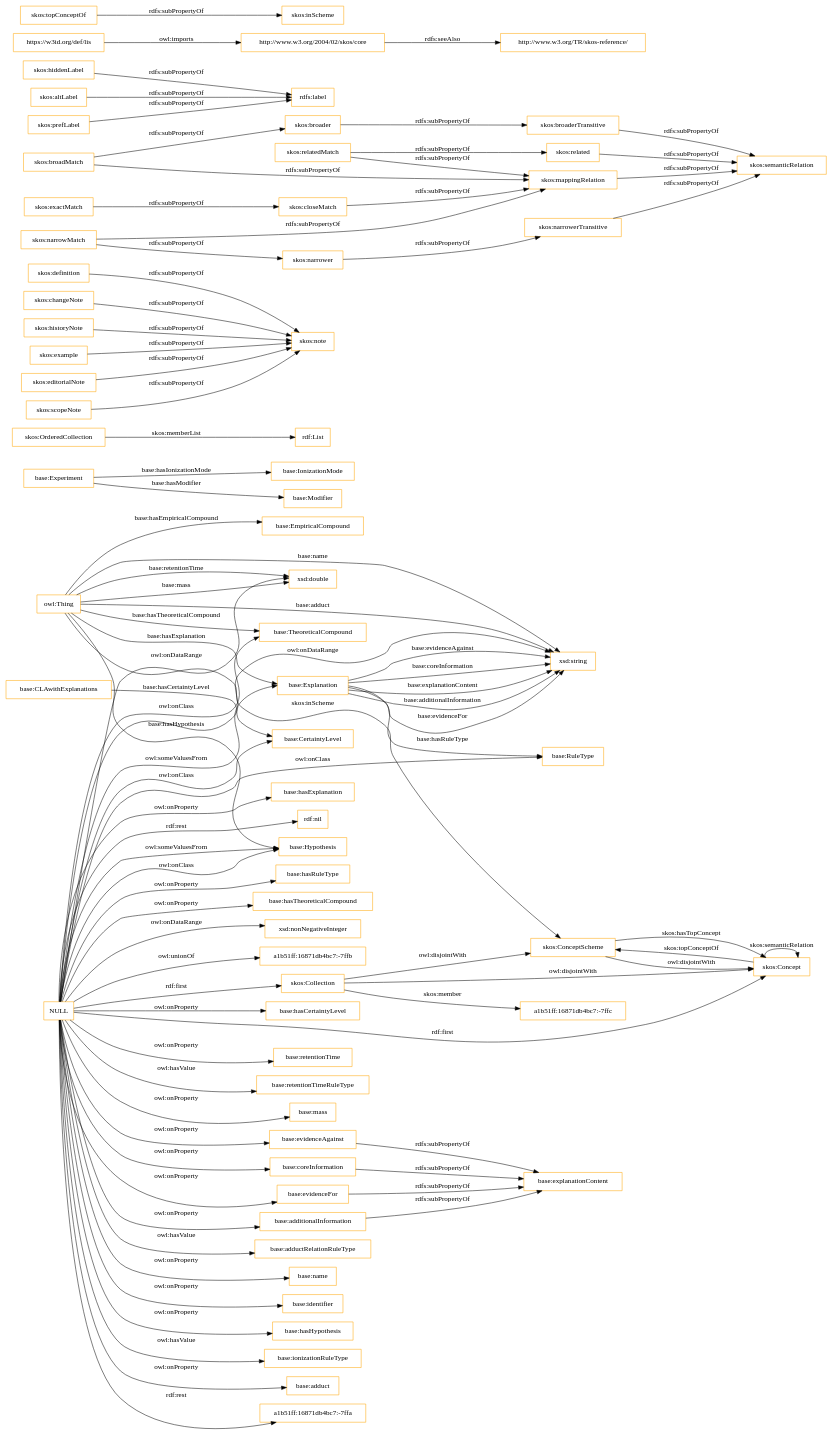
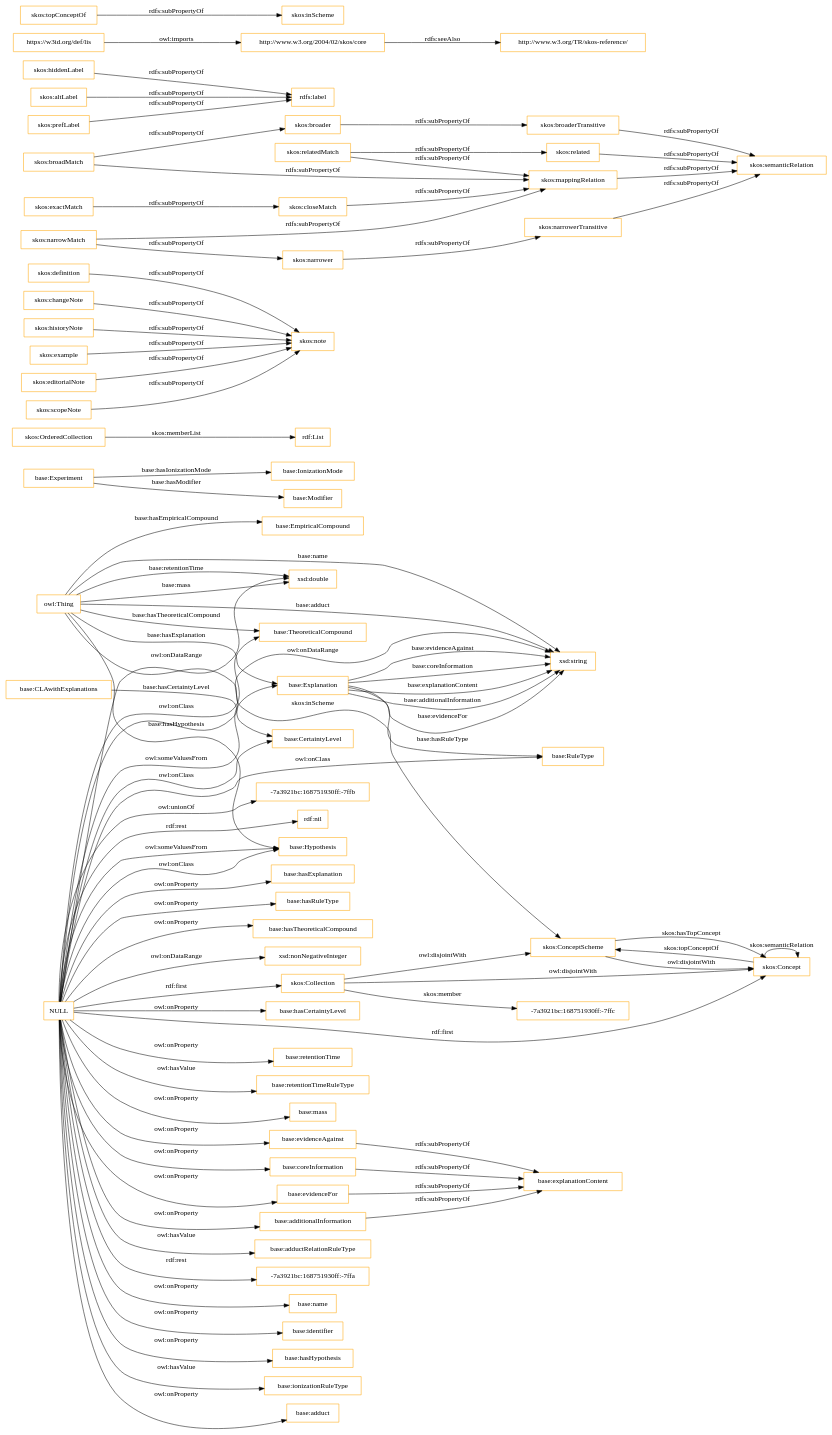
The diagram in OnToology/lis.owl/diagrams/ar2dtool-class/lis.owl.png.dot (marianofl1971/lis), drawn with Graphviz before and after one commit. The commit also changed 7 other files, not shown here.

```diff
--- a/OnToology/lis.owl/diagrams/ar2dtool-class/lis.owl.png.dot
+++ b/OnToology/lis.owl/diagrams/ar2dtool-class/lis.owl.png.dot
@@ -1,93 +1,93 @@
 digraph ar2dtool_diagram { 
 rankdir=LR;
 size="1501"
-node [shape = rectangle, color="orange"]; "base:TheoreticalCompound" "base:CLAwithExplanations" "base:Hypothesis" "base:RuleType" "base:Explanation" "base:IonizationMode" "base:Modifier" "base:Experiment" "base:CertaintyLevel" "base:EmpiricalCompound" "a1b51ff:16871db4bc7:-7ffc" "skos:OrderedCollection" "skos:Collection" "skos:ConceptScheme" "skos:Concept" ; /*classes style*/
+node [shape = rectangle, color="orange"]; "base:TheoreticalCompound" "base:CLAwithExplanations" "base:Hypothesis" "base:RuleType" "base:Explanation" "base:IonizationMode" "base:Modifier" "base:Experiment" "base:CertaintyLevel" "base:EmpiricalCompound" "-7a3921bc:168751930ff:-7ffc" "skos:OrderedCollection" "skos:Collection" "skos:ConceptScheme" "skos:Concept" ; /*classes style*/
 	"skos:definition" -> "skos:note" [ label = "rdfs:subPropertyOf" ];
 	"skos:relatedMatch" -> "skos:related" [ label = "rdfs:subPropertyOf" ];
 	"skos:relatedMatch" -> "skos:mappingRelation" [ label = "rdfs:subPropertyOf" ];
 	"base:additionalInformation" -> "base:explanationContent" [ label = "rdfs:subPropertyOf" ];
 	"skos:changeNote" -> "skos:note" [ label = "rdfs:subPropertyOf" ];
 	"skos:hiddenLabel" -> "rdfs:label" [ label = "rdfs:subPropertyOf" ];
 	"skos:related" -> "skos:semanticRelation" [ label = "rdfs:subPropertyOf" ];
 	"skos:ConceptScheme" -> "skos:Concept" [ label = "owl:disjointWith" ];
 	"base:evidenceAgainst" -> "base:explanationContent" [ label = "rdfs:subPropertyOf" ];
 	"skos:altLabel" -> "rdfs:label" [ label = "rdfs:subPropertyOf" ];
 	"https://w3id.org/def/lis" -> "http://www.w3.org/2004/02/skos/core" [ label = "owl:imports" ];
 	"skos:narrower" -> "skos:narrowerTransitive" [ label = "rdfs:subPropertyOf" ];
 	"skos:broaderTransitive" -> "skos:semanticRelation" [ label = "rdfs:subPropertyOf" ];
 	"skos:broader" -> "skos:broaderTransitive" [ label = "rdfs:subPropertyOf" ];
 	"skos:historyNote" -> "skos:note" [ label = "rdfs:subPropertyOf" ];
 	"skos:broadMatch" -> "skos:broader" [ label = "rdfs:subPropertyOf" ];
 	"skos:broadMatch" -> "skos:mappingRelation" [ label = "rdfs:subPropertyOf" ];
 	"http://www.w3.org/2004/02/skos/core" -> "http://www.w3.org/TR/skos-reference/" [ label = "rdfs:seeAlso" ];
 	"base:coreInformation" -> "base:explanationContent" [ label = "rdfs:subPropertyOf" ];
 	"skos:narrowerTransitive" -> "skos:semanticRelation" [ label = "rdfs:subPropertyOf" ];
 	"NULL" -> "base:adductRelationRuleType" [ label = "owl:hasValue" ];
+	"NULL" -> "-7a3921bc:168751930ff:-7ffa" [ label = "rdf:rest" ];
+	"NULL" -> "base:name" [ label = "owl:onProperty" ];
 	"NULL" -> "base:coreInformation" [ label = "owl:onProperty" ];
-	"NULL" -> "base:name" [ label = "owl:onProperty" ];
 	"NULL" -> "base:identifier" [ label = "owl:onProperty" ];
 	"NULL" -> "base:hasHypothesis" [ label = "owl:onProperty" ];
+	"NULL" -> "base:ionizationRuleType" [ label = "owl:hasValue" ];
 	"NULL" -> "xsd:double" [ label = "owl:onDataRange" ];
-	"NULL" -> "base:ionizationRuleType" [ label = "owl:hasValue" ];
 	"NULL" -> "base:evidenceFor" [ label = "owl:onProperty" ];
 	"NULL" -> "base:Hypothesis" [ label = "owl:onClass" ];
 	"NULL" -> "base:adduct" [ label = "owl:onProperty" ];
 	"NULL" -> "base:TheoreticalCompound" [ label = "owl:onClass" ];
 	"NULL" -> "skos:Concept" [ label = "rdf:first" ];
-	"NULL" -> "a1b51ff:16871db4bc7:-7ffa" [ label = "rdf:rest" ];
+	"NULL" -> "-7a3921bc:168751930ff:-7ffb" [ label = "owl:unionOf" ];
 	"NULL" -> "base:evidenceAgainst" [ label = "owl:onProperty" ];
+	"NULL" -> "rdf:nil" [ label = "rdf:rest" ];
 	"NULL" -> "base:hasExplanation" [ label = "owl:onProperty" ];
-	"NULL" -> "rdf:nil" [ label = "rdf:rest" ];
 	"NULL" -> "base:hasRuleType" [ label = "owl:onProperty" ];
 	"NULL" -> "xsd:string" [ label = "owl:onDataRange" ];
 	"NULL" -> "base:hasTheoreticalCompound" [ label = "owl:onProperty" ];
 	"NULL" -> "xsd:nonNegativeInteger" [ label = "owl:onDataRange" ];
-	"NULL" -> "a1b51ff:16871db4bc7:-7ffb" [ label = "owl:unionOf" ];
 	"NULL" -> "base:RuleType" [ label = "owl:onClass" ];
+	"NULL" -> "base:hasCertaintyLevel" [ label = "owl:onProperty" ];
 	"NULL" -> "base:Hypothesis" [ label = "owl:someValuesFrom" ];
-	"NULL" -> "base:hasCertaintyLevel" [ label = "owl:onProperty" ];
 	"NULL" -> "base:CertaintyLevel" [ label = "owl:onClass" ];
 	"NULL" -> "base:retentionTime" [ label = "owl:onProperty" ];
 	"NULL" -> "base:additionalInformation" [ label = "owl:onProperty" ];
 	"NULL" -> "base:retentionTimeRuleType" [ label = "owl:hasValue" ];
 	"NULL" -> "base:mass" [ label = "owl:onProperty" ];
 	"NULL" -> "skos:Collection" [ label = "rdf:first" ];
 	"NULL" -> "base:Explanation" [ label = "owl:someValuesFrom" ];
 	"skos:prefLabel" -> "rdfs:label" [ label = "rdfs:subPropertyOf" ];
 	"base:evidenceFor" -> "base:explanationContent" [ label = "rdfs:subPropertyOf" ];
 	"skos:narrowMatch" -> "skos:narrower" [ label = "rdfs:subPropertyOf" ];
 	"skos:narrowMatch" -> "skos:mappingRelation" [ label = "rdfs:subPropertyOf" ];
 	"skos:example" -> "skos:note" [ label = "rdfs:subPropertyOf" ];
 	"skos:mappingRelation" -> "skos:semanticRelation" [ label = "rdfs:subPropertyOf" ];
 	"skos:Collection" -> "skos:ConceptScheme" [ label = "owl:disjointWith" ];
 	"skos:Collection" -> "skos:Concept" [ label = "owl:disjointWith" ];
 	"skos:topConceptOf" -> "skos:inScheme" [ label = "rdfs:subPropertyOf" ];
 	"skos:exactMatch" -> "skos:closeMatch" [ label = "rdfs:subPropertyOf" ];
 	"skos:editorialNote" -> "skos:note" [ label = "rdfs:subPropertyOf" ];
 	"skos:closeMatch" -> "skos:mappingRelation" [ label = "rdfs:subPropertyOf" ];
 	"skos:scopeNote" -> "skos:note" [ label = "rdfs:subPropertyOf" ];
 	"base:Experiment" -> "base:Modifier" [ label = "base:hasModifier" ];
 	"base:Experiment" -> "base:IonizationMode" [ label = "base:hasIonizationMode" ];
 	"base:Explanation" -> "xsd:string" [ label = "base:coreInformation" ];
 	"skos:Concept" -> "skos:ConceptScheme" [ label = "skos:topConceptOf" ];
 	"owl:Thing" -> "xsd:double" [ label = "base:retentionTime" ];
 	"owl:Thing" -> "base:EmpiricalCompound" [ label = "base:hasEmpiricalCompound" ];
 	"base:Explanation" -> "xsd:string" [ label = "base:explanationContent" ];
 	"owl:Thing" -> "base:TheoreticalCompound" [ label = "base:hasTheoreticalCompound" ];
-	"skos:Collection" -> "a1b51ff:16871db4bc7:-7ffc" [ label = "skos:member" ];
+	"skos:Collection" -> "-7a3921bc:168751930ff:-7ffc" [ label = "skos:member" ];
 	"owl:Thing" -> "xsd:string" [ label = "base:adduct" ];
 	"base:CLAwithExplanations" -> "base:CertaintyLevel" [ label = "base:hasCertaintyLevel" ];
 	"owl:Thing" -> "base:Explanation" [ label = "base:hasExplanation" ];
 	"base:Explanation" -> "xsd:string" [ label = "base:additionalInformation" ];
 	"skos:ConceptScheme" -> "skos:Concept" [ label = "skos:hasTopConcept" ];
 	"owl:Thing" -> "skos:ConceptScheme" [ label = "skos:inScheme" ];
 	"base:Explanation" -> "xsd:string" [ label = "base:evidenceFor" ];
 	"base:Explanation" -> "base:RuleType" [ label = "base:hasRuleType" ];
 	"skos:OrderedCollection" -> "rdf:List" [ label = "skos:memberList" ];
 	"owl:Thing" -> "base:Hypothesis" [ label = "base:hasHypothesis" ];
 	"skos:Concept" -> "skos:Concept" [ label = "skos:semanticRelation" ];
 	"owl:Thing" -> "xsd:double" [ label = "base:mass" ];
 	"base:Explanation" -> "xsd:string" [ label = "base:evidenceAgainst" ];
 	"owl:Thing" -> "xsd:string" [ label = "base:name" ];
 
 }
```
